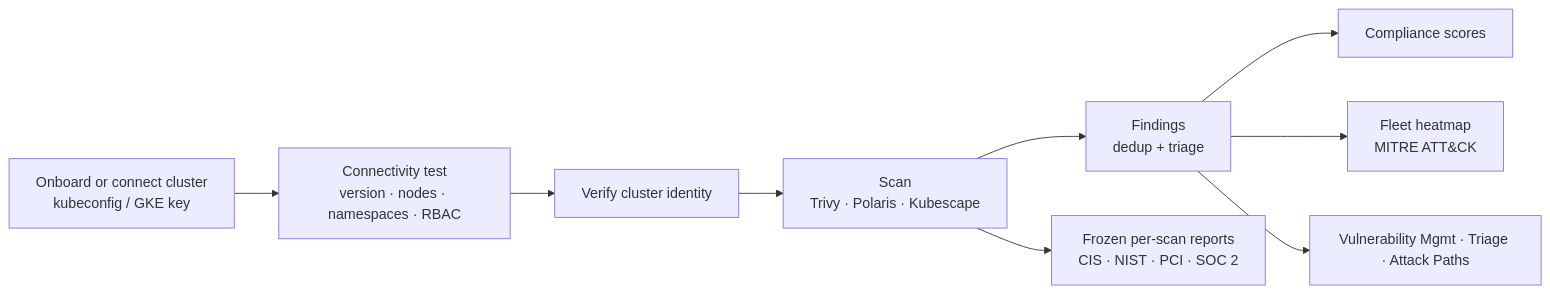
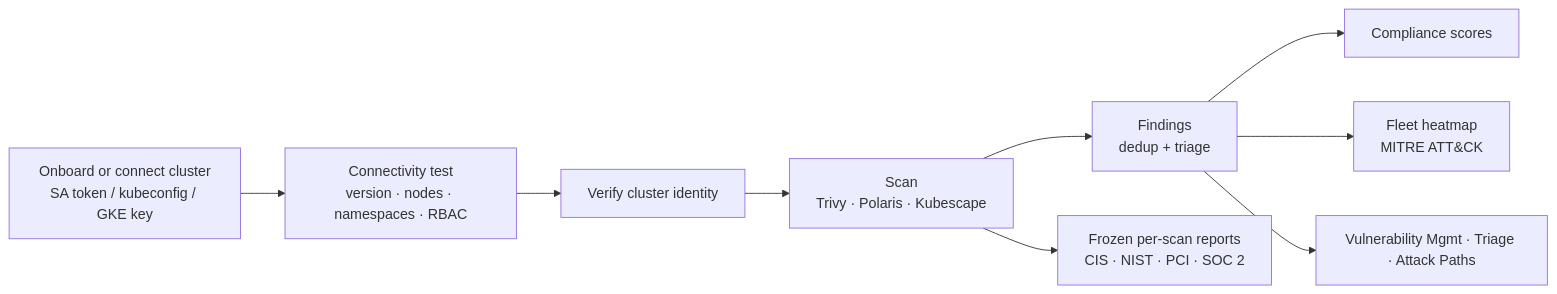
The diagram in docs/security-scanning/kubernetes/index.md (niteshsaini/offloadsecurity-docs), drawn with Mermaid before and after one commit. The commit also changed other lines of this file and 287 other files, not shown here.

````diff
--- a/docs/security-scanning/kubernetes/index.md
+++ b/docs/security-scanning/kubernetes/index.md
@@ -49,11 +49,11 @@
 ```mermaid
 flowchart LR
-    A[Onboard or connect cluster<br/>kubeconfig / GKE key] --> B[Connectivity test<br/>version · nodes · namespaces · RBAC]
+    A[Onboard or connect cluster<br/>SA token / kubeconfig / GKE key] --> B[Connectivity test<br/>version · nodes · namespaces · RBAC]
     B --> I[Verify cluster identity]
     I --> C[Scan<br/>Trivy · Polaris · Kubescape]
     C --> D[Findings<br/>dedup + triage]
     C --> R[Frozen per-scan reports<br/>CIS · NIST · PCI · SOC 2]
     D --> E[Compliance scores]
     D --> F[Fleet heatmap<br/>MITRE ATT&CK]
     D --> G[Vulnerability Mgmt · Triage · Attack Paths]
 ```
````
